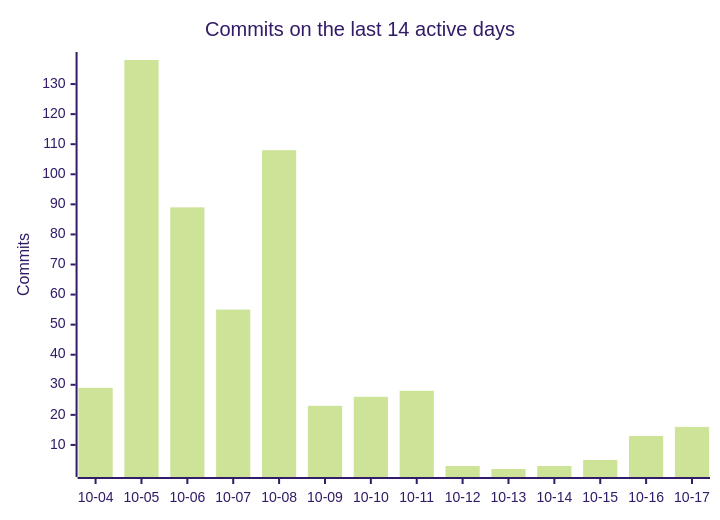
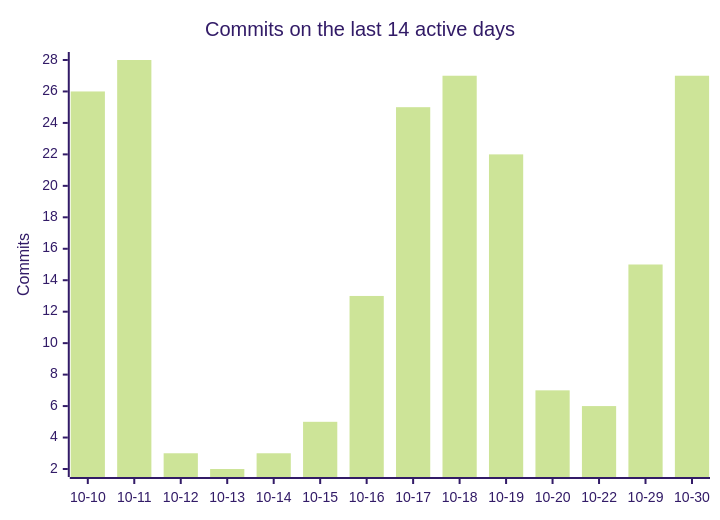
One commit to PflanzenDex/PflanzenDex changed the third of 3 diagrams in README.md. Above: the diagram before and after it, drawn with Mermaid (forest theme). The commit also changed other lines of this file, not shown here.

````diff
--- a/README.md
+++ b/README.md
@@ -71,7 +73,7 @@
 ```mermaid
 xychart-beta
   title "Commits on the last 14 active days"
-  x-axis ["10-04", "10-05", "10-06", "10-07", "10-08", "10-09", "10-10", "10-11", "10-12", "10-13", "10-14", "10-15", "10-16", "10-17"]
+  x-axis ["10-10", "10-11", "10-12", "10-13", "10-14", "10-15", "10-16", "10-17", "10-18", "10-19", "10-20", "10-22", "10-29", "10-30"]
   y-axis "Commits"
-  bar [29, 138, 89, 55, 108, 23, 26, 28, 3, 2, 3, 5, 13, 16]
+  bar [26, 28, 3, 2, 3, 5, 13, 25, 27, 22, 7, 6, 15, 27]
 ```
````
